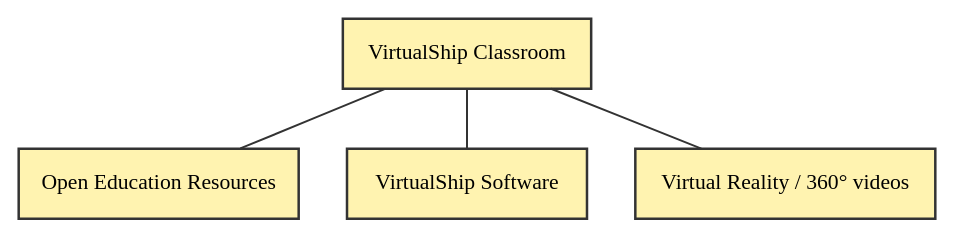
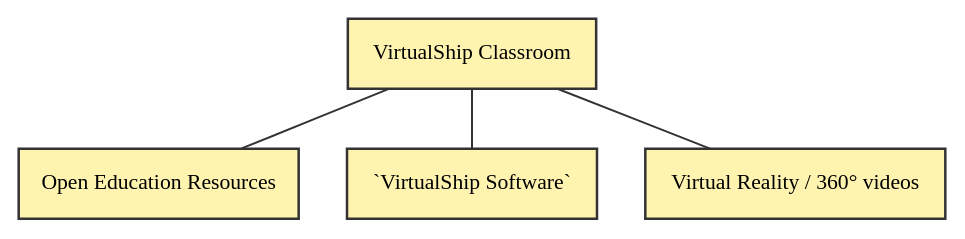
Before and after one commit to Parcels-code/virtualship: the diagram in docs/user-guide/developer-content/inspiration-showcase/showcase.qmd, drawn with Graphviz. The commit also changed other lines of this file and 1 other file, not shown here.

````diff
--- a/docs/user-guide/developer-content/inspiration-showcase/showcase.qmd
+++ b/docs/user-guide/developer-content/inspiration-showcase/showcase.qmd
@@ -46,33 +53,33 @@
 ```{dot}
 graph G {
     // "sketchy" look
     graph [ranksep=0.5, nodesep=0.4];
     node [
         fontname="Comic Sans MS",
         fontsize=13,
         shape=box,
         style="filled, sketchy",
         fillcolor="#fff3b0",
         color="#333333",
         penwidth=1.5,
         margin="0.3,0.2"
     ];
     edge [
         style=sketch,
         color="#333333",
         penwidth=1.2
     ];
 
     // nodes
     A1 [label="VirtualShip Classroom", distortion=0.05];
 
     B1 [label="Open Education Resources", skew=0.02];
-    B2 [label="VirtualShip Software", distortion=-0.03];
+    B2 [label="`VirtualShip Software`", distortion=-0.03];
     B3 [label="Virtual Reality / 360° videos", skew=-0.02];
 
     // connections
     A1 -- B1;
     A1 -- B2;
     A1 -- B3;
 }
 ```
````
